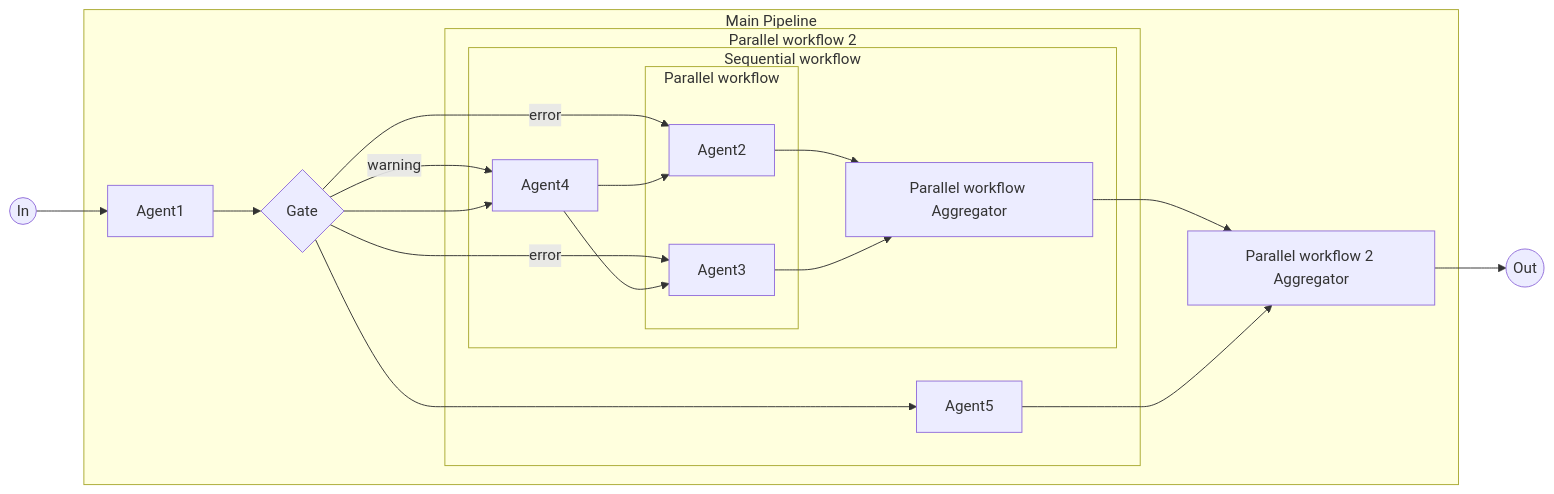
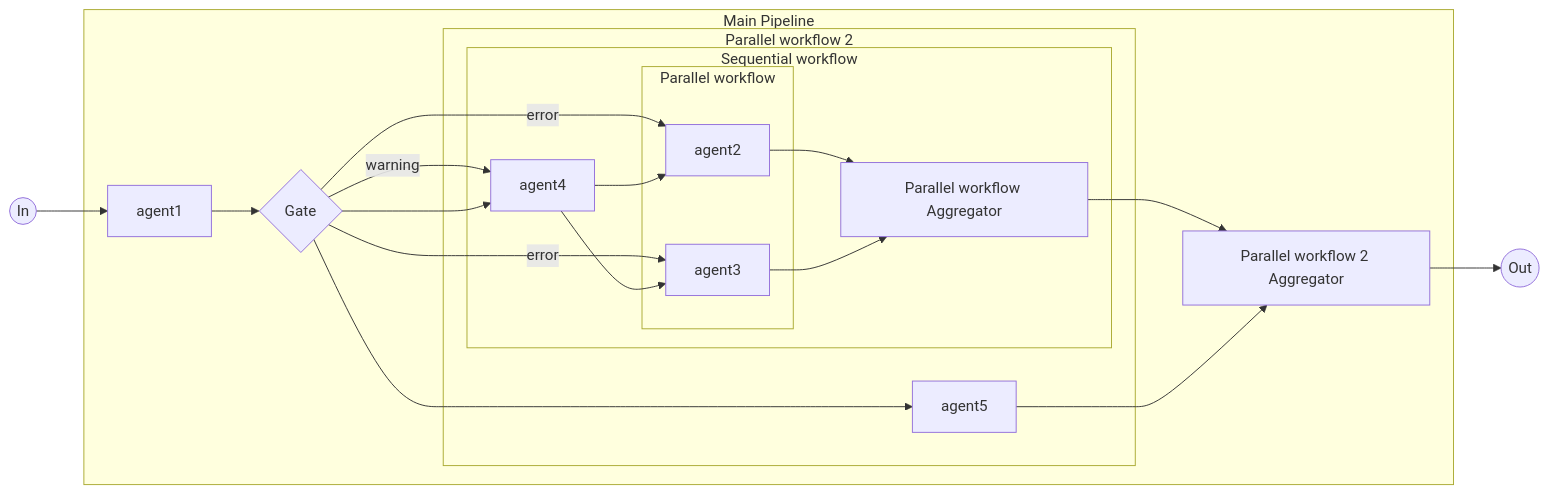
One commit to rootstrap/mars changed the diagram in examples/complex_workflow/diagram.md. Above: the diagram before and after it, drawn with Mermaid. The commit also changed 8 other files, not shown here.

````diff
--- a/examples/complex_workflow/diagram.md
+++ b/examples/complex_workflow/diagram.md
@@ -1,47 +1,47 @@
 ```mermaid
 flowchart LR
 in((In))
 out((Out))
-agent1[Agent1]
+agent1[agent1]
 gate{Gate}
-agent4[Agent4]
+agent4[agent4]
 parallel_workflow_aggregator[Parallel workflow Aggregator]
-agent2[Agent2]
-agent3[Agent3]
+agent2[agent2]
+agent3[agent3]
 parallel_workflow_2_aggregator[Parallel workflow 2 Aggregator]
-agent5[Agent5]
+agent5[agent5]
 subgraph parallel_workflow_2["Parallel workflow 2"]
   sequential_workflow
   agent5
 end
 subgraph parallel_workflow["Parallel workflow"]
   agent2
   agent3
 end
 subgraph sequential_workflow["Sequential workflow"]
   agent4
   parallel_workflow
   parallel_workflow_aggregator
 end
 subgraph main_pipeline["Main Pipeline"]
   agent1
   gate
   parallel_workflow_aggregator
   parallel_workflow_2
   parallel_workflow_2_aggregator
 end
 in --> agent1
 agent1 --> gate
 gate -->|warning| agent4
 gate -->|error| agent2
 gate -->|error| agent3
 gate --> agent4
 gate --> agent5
 agent4 --> agent2
 agent4 --> agent3
 agent2 --> parallel_workflow_aggregator
 parallel_workflow_aggregator --> parallel_workflow_2_aggregator
 agent3 --> parallel_workflow_aggregator
 parallel_workflow_2_aggregator --> out
 agent5 --> parallel_workflow_2_aggregator
 ```
````
